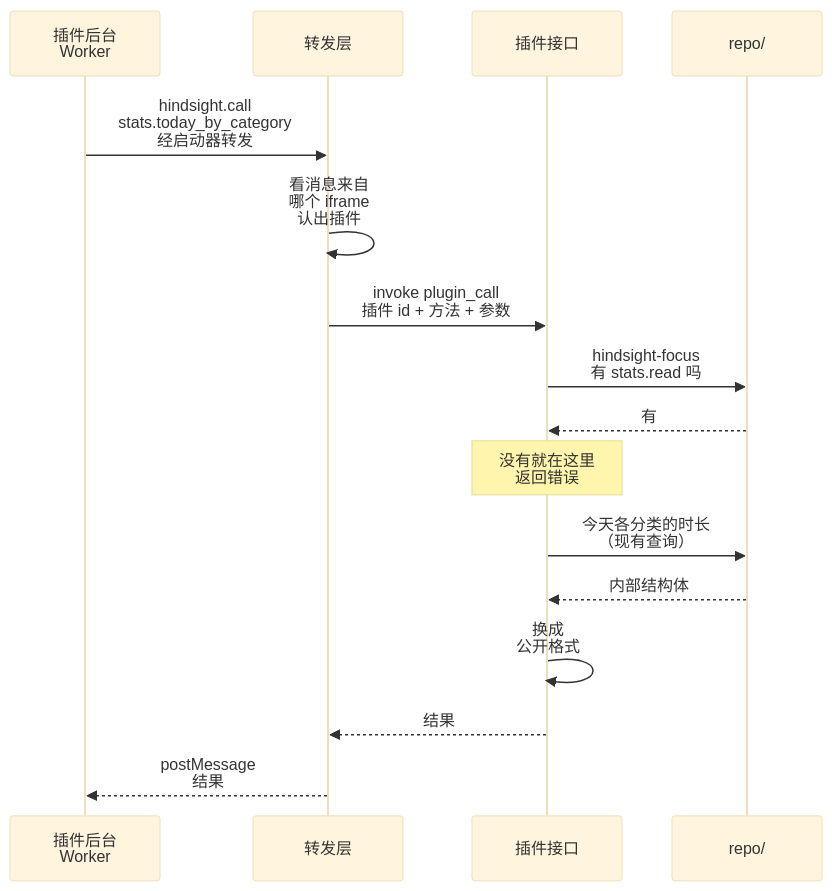
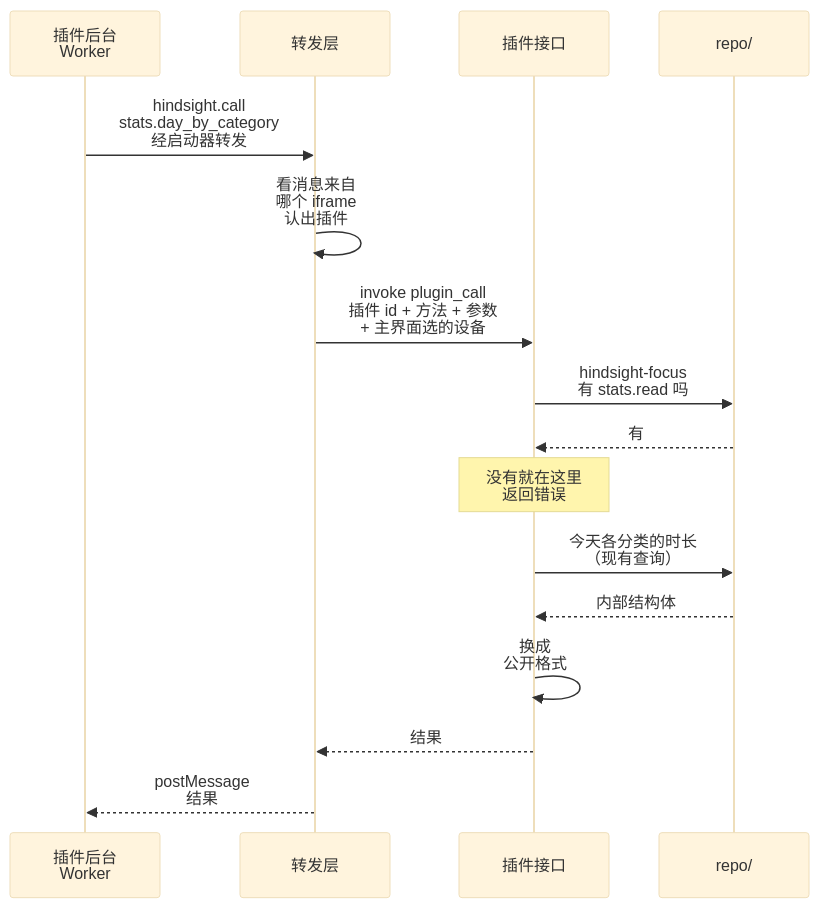
One commit to Tomotsugu-dev/Hindsight changed the diagram in docs/design/plugins/zh/api.md. Above: the diagram before and after it, drawn with Mermaid (base theme). The commit also changed other lines of this file and 5 other files, not shown here.

````diff
--- a/docs/design/plugins/zh/api.md
+++ b/docs/design/plugins/zh/api.md
@@ -13,18 +13,18 @@
 ```mermaid
 sequenceDiagram
   participant P as 插件后台<br/>Worker
   participant B as 转发层
   participant A as 插件接口
   participant R as repo/
-  P->>B: hindsight.call<br/>stats.today_by_category<br/>经启动器转发
+  P->>B: hindsight.call<br/>stats.day_by_category<br/>经启动器转发
   B->>B: 看消息来自<br/>哪个 iframe<br/>认出插件
-  B->>A: invoke plugin_call<br/>插件 id + 方法 + 参数
+  B->>A: invoke plugin_call<br/>插件 id + 方法 + 参数<br/>+ 主界面选的设备
   A->>R: hindsight-focus<br/>有 stats.read 吗
   R-->>A: 有
   Note over A: 没有就在这里<br/>返回错误
   A->>R: 今天各分类的时长<br/>（现有查询）
   R-->>A: 内部结构体
   A->>A: 换成<br/>公开格式
   A-->>B: 结果
   B-->>P: postMessage<br/>结果
 ```
````
